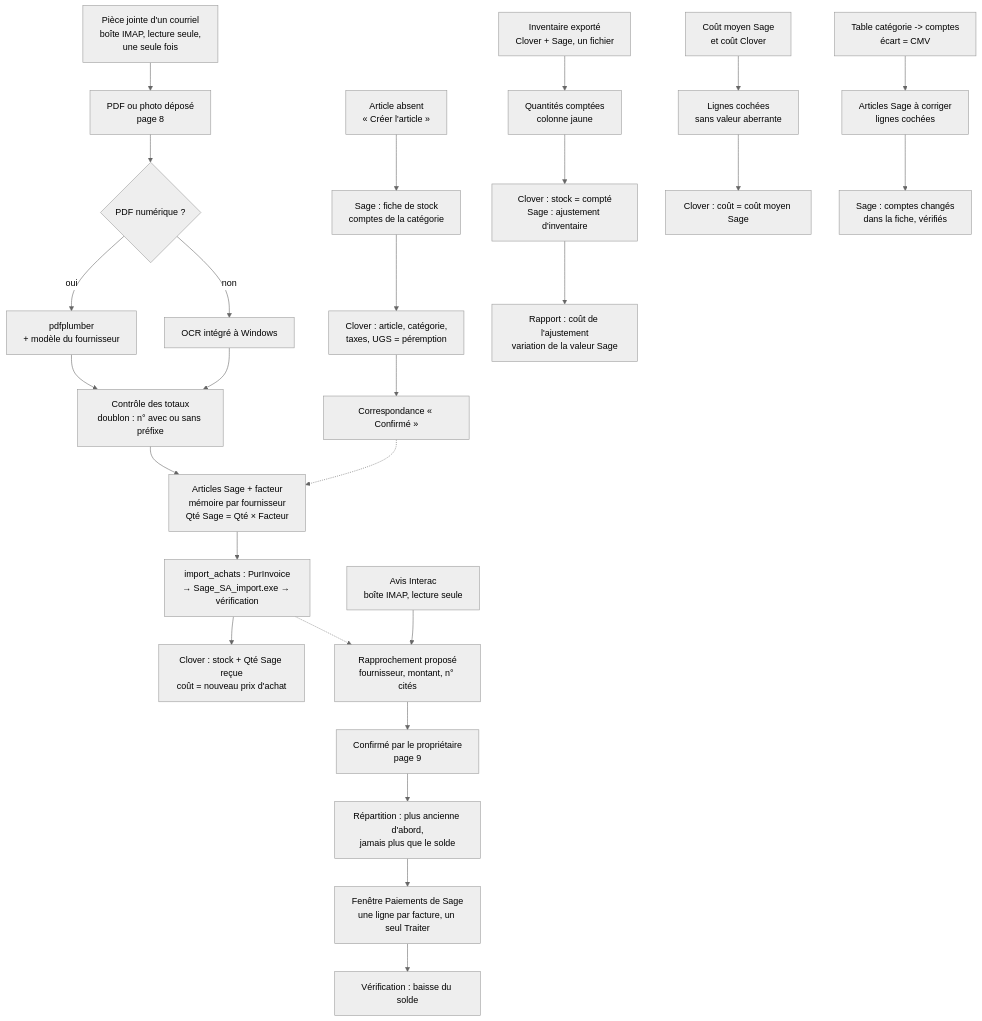
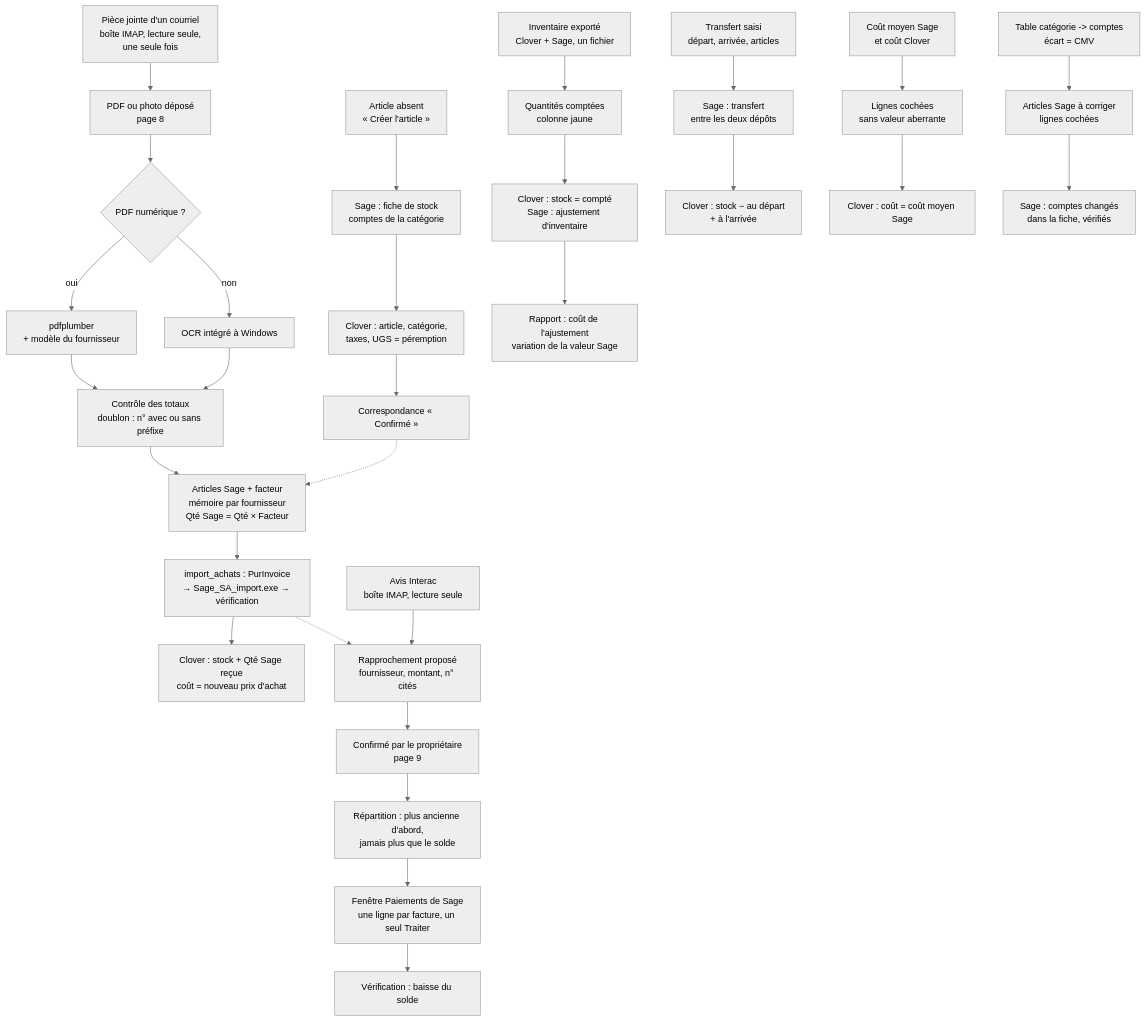
The seventh of 13 diagrams in ARCHITECTURE.md (mteingueng-dot/MVOGMBI_Sync_2026.1), drawn with Mermaid (neutral theme) before and after one commit. The commit also changed other lines of this file and 39 other files, not shown here.

Commit message:
Menu en rubriques, transferts entre magasins, articles Clover et dates de péremption, droit d'exporter, statistiques par jour et requêtes plus rapides (versions 1.15.0 à 1.20.0)

````diff
--- a/ARCHITECTURE.md
+++ b/ARCHITECTURE.md
@@ -257,28 +259,30 @@
 ```mermaid
 flowchart TD
     P0["Pièce jointe d'un courriel<br/>boîte IMAP, lecture seule,<br/>une seule fois"] --> P1
     P1["PDF ou photo déposé<br/>page 8"] --> P2{"PDF numérique ?"}
     P2 -- oui --> P3["pdfplumber<br/>+ modèle du fournisseur"]
     P2 -- non --> P4["OCR intégré à Windows"]
     P3 & P4 --> P5["Contrôle des totaux<br/>doublon : n° avec ou sans préfixe"]
     P5 --> P6["Articles Sage + facteur<br/>mémoire par fournisseur<br/>Qté Sage = Qté × Facteur"]
     P6 --> P7["import_achats : PurInvoice<br/>→ Sage_SA_import.exe → vérification"]
     P7 --> P8["Clover : stock + Qté Sage reçue<br/>coût = nouveau prix d'achat"]
     N1["Article absent<br/>« Créer l'article »"] --> N2["Sage : fiche de stock<br/>comptes de la catégorie"]
     N2 --> N3["Clover : article, catégorie,<br/>taxes, UGS = péremption"]
     N3 --> N4["Correspondance « Confirmé »"]
     N4 -.-> P6
     I1["Inventaire exporté<br/>Clover + Sage, un fichier"] --> I2["Quantités comptées<br/>colonne jaune"]
     I2 --> I3["Clover : stock = compté<br/>Sage : ajustement d'inventaire"]
     I3 --> I4["Rapport : coût de l'ajustement<br/>variation de la valeur Sage"]
+    X1["Transfert saisi<br/>départ, arrivée, articles"] --> X2["Sage : transfert<br/>entre les deux dépôts"]
+    X2 --> X3["Clover : stock − au départ<br/>+ à l'arrivée"]
     K1["Coût moyen Sage<br/>et coût Clover"] --> K2["Lignes cochées<br/>sans valeur aberrante"]
     K2 --> K3["Clover : coût = coût moyen Sage"]
     T1["Table catégorie -> comptes<br/>écart = CMV"] --> T2["Articles Sage à corriger<br/>lignes cochées"]
     T2 --> T3["Sage : comptes changés<br/>dans la fiche, vérifiés"]
     M1["Avis Interac<br/>boîte IMAP, lecture seule"] --> M2["Rapprochement proposé<br/>fournisseur, montant, n° cités"]
     M2 --> M3["Confirmé par le propriétaire<br/>page 9"]
     M3 --> M4["Répartition : plus ancienne d'abord,<br/>jamais plus que le solde"]
     M4 --> M5["Fenêtre Paiements de Sage<br/>une ligne par facture, un seul Traiter"]
     M5 --> M6["Vérification : baisse du solde"]
     P7 -.-> M2
 ```
````
